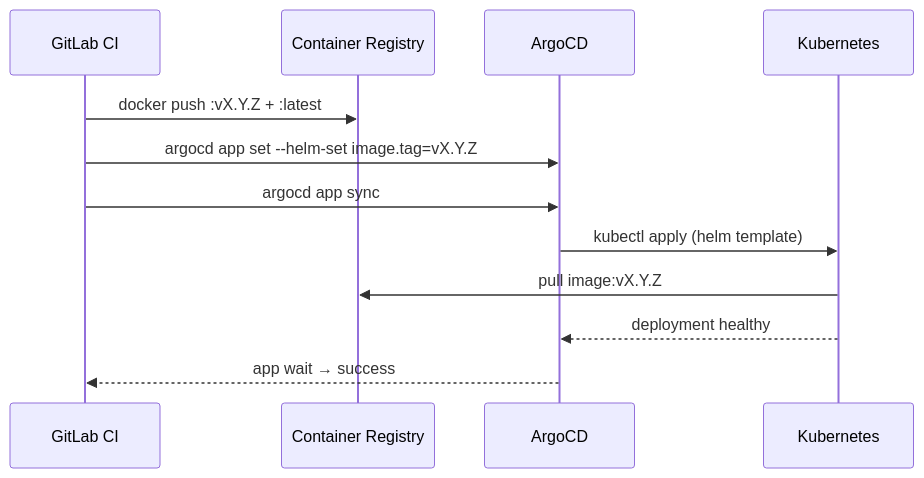
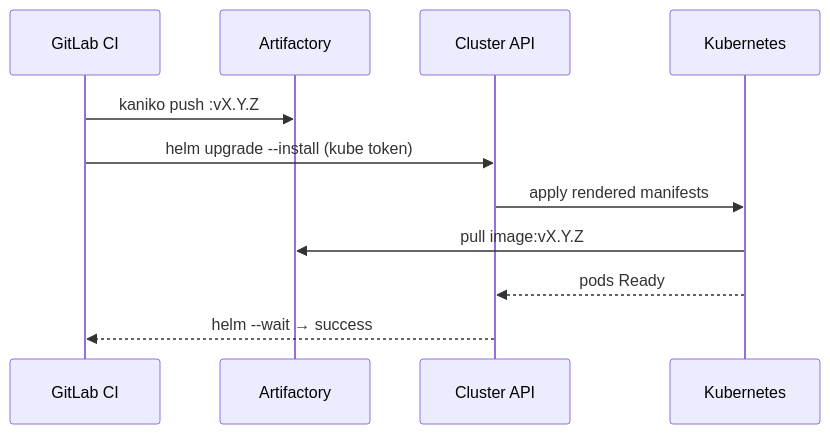
Before and after one commit to OpenClawXX/Zabbix_Portal: the sixth of 7 diagrams in WORKFLOW.md, drawn with Mermaid. The commit also changed other lines of this file and 47 other files, not shown here.

Commit message:
added more functionality: graphs, notification,metrics, ect

````diff
--- a/WORKFLOW.md
+++ b/WORKFLOW.md
@@ -249,15 +267,14 @@
 ```mermaid
 sequenceDiagram
     participant CI as GitLab CI
-    participant Reg as Container Registry
-    participant Argo as ArgoCD
+    participant Reg as Artifactory
+    participant Cluster as Cluster API
     participant K8s as Kubernetes
 
-    CI->>Reg: docker push :vX.Y.Z + :latest
-    CI->>Argo: argocd app set --helm-set image.tag=vX.Y.Z
-    CI->>Argo: argocd app sync
-    Argo->>K8s: kubectl apply (helm template)
+    CI->>Reg: kaniko push :vX.Y.Z
+    CI->>Cluster: helm upgrade --install (kube token)
+    Cluster->>K8s: apply rendered manifests
     K8s->>Reg: pull image:vX.Y.Z
-    K8s-->>Argo: deployment healthy
-    Argo-->>CI: app wait → success
+    K8s-->>Cluster: pods Ready
+    Cluster-->>CI: helm --wait → success
 ```
````
